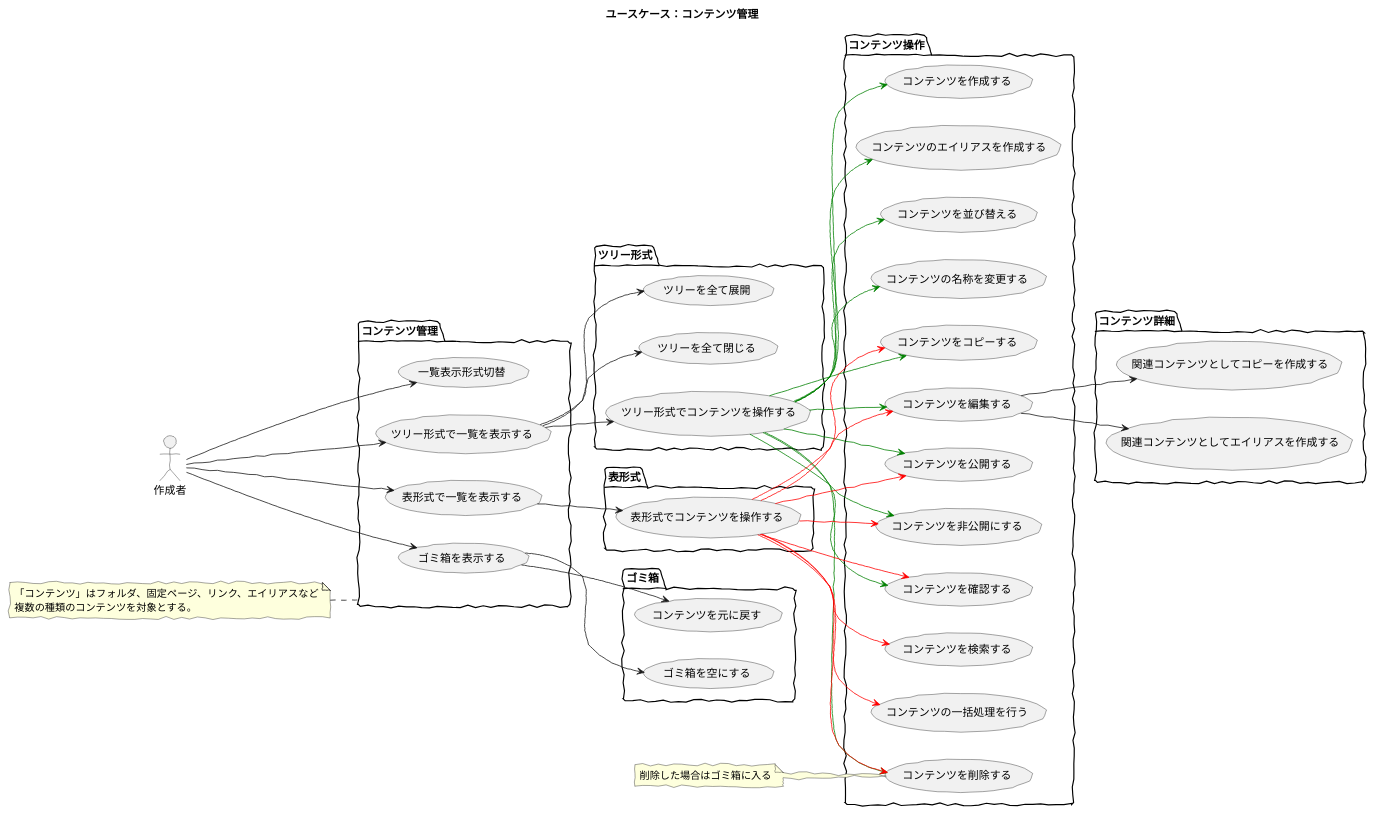
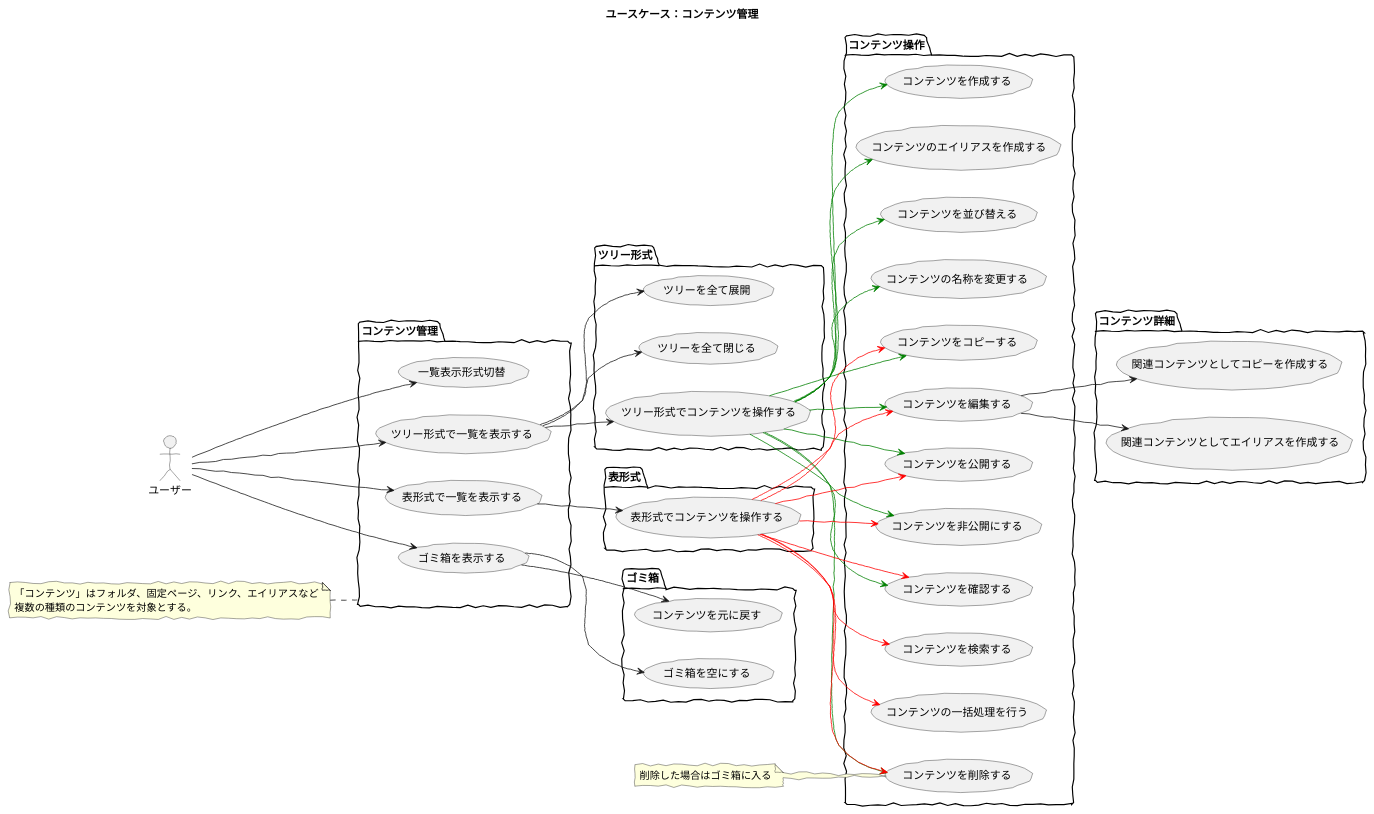
The diagram in src/puml/5/ucmitz/svg/use_case/contents.puml (baserproject/baserproject.github.io), drawn with PlantUML before and after one commit. The commit also changed 19 other files, not shown here.

```diff
--- a/src/puml/5/ucmitz/svg/use_case/contents.puml
+++ b/src/puml/5/ucmitz/svg/use_case/contents.puml
@@ -1,69 +1,69 @@
 @startuml
 skinparam handwritten true
 skinparam backgroundColor white
 
 title ユースケース：コンテンツ管理
 
 left to right direction
 
-actor 作成者
+actor ユーザー
 
 package コンテンツ管理 {
-	作成者 --> (ツリー形式で一覧を表示する)
-	作成者 --> (表形式で一覧を表示する)
-	作成者 --> (一覧表示形式切替)
-	作成者 --> (ゴミ箱を表示する)
+	ユーザー --> (ツリー形式で一覧を表示する)
+	ユーザー --> (表形式で一覧を表示する)
+	ユーザー --> (一覧表示形式切替)
+	ユーザー --> (ゴミ箱を表示する)
 }
 
 package ツリー形式 {
 	(ツリー形式で一覧を表示する) --> (ツリー形式でコンテンツを操作する) 
 	(ツリー形式で一覧を表示する) --> (ツリーを全て展開)
 	(ツリー形式で一覧を表示する) --> (ツリーを全て閉じる)
 }
 
 package 表形式 {
 	(表形式で一覧を表示する) --> (表形式でコンテンツを操作する) 
 }
 
 package ゴミ箱 {
 	(ゴミ箱を表示する) --> (コンテンツを元に戻す) 
 	(ゴミ箱を表示する) --> (ゴミ箱を空にする)
 }
 
 package コンテンツ操作 {
 	(ツリー形式でコンテンツを操作する) -[#green]-> (コンテンツを作成する)
 	(ツリー形式でコンテンツを操作する) -[#green]-> (コンテンツのエイリアスを作成する)
 	(ツリー形式でコンテンツを操作する) -[#green]-> (コンテンツを並び替える)
 	(ツリー形式でコンテンツを操作する) -[#green]-> (コンテンツの名称を変更する)
 	(ツリー形式でコンテンツを操作する) -[#green]-> (コンテンツを編集する)
 	(ツリー形式でコンテンツを操作する) -[#green]-> (コンテンツを公開する)
 	(ツリー形式でコンテンツを操作する) -[#green]-> (コンテンツを非公開にする)
 	(ツリー形式でコンテンツを操作する) -[#green]-> (コンテンツを確認する)
 	(ツリー形式でコンテンツを操作する) -[#green]-> (コンテンツをコピーする)
 	(ツリー形式でコンテンツを操作する) -[#green]-> (コンテンツを削除する)
 	(表形式でコンテンツを操作する) -[#red]-> (コンテンツを編集する)
 	(表形式でコンテンツを操作する) -[#red]-> (コンテンツを公開する)
 	(表形式でコンテンツを操作する) -[#red]-> (コンテンツを非公開にする)
 	(表形式でコンテンツを操作する) -[#red]-> (コンテンツを確認する)
 	(表形式でコンテンツを操作する) -[#red]-> (コンテンツをコピーする)
 	(表形式でコンテンツを操作する) -[#red]-> (コンテンツを削除する)
 	(表形式でコンテンツを操作する) -[#red]-> (コンテンツを検索する)
 	(表形式でコンテンツを操作する) -[#red]-> (コンテンツの一括処理を行う)
 }
 
 package コンテンツ詳細 {
 	(コンテンツを編集する) --> (関連コンテンツとしてコピーを作成する)
 	(コンテンツを編集する) --> (関連コンテンツとしてエイリアスを作成する)
 }
 
 	
 note left of コンテンツ管理
 「コンテンツ」はフォルダ、固定ページ、リンク、エイリアスなど
 複数の種類のコンテンツを対象とする。
 endnote
 
 note left of (コンテンツを削除する)
 削除した場合はゴミ箱に入る
 endnote
 
 @enduml
```
